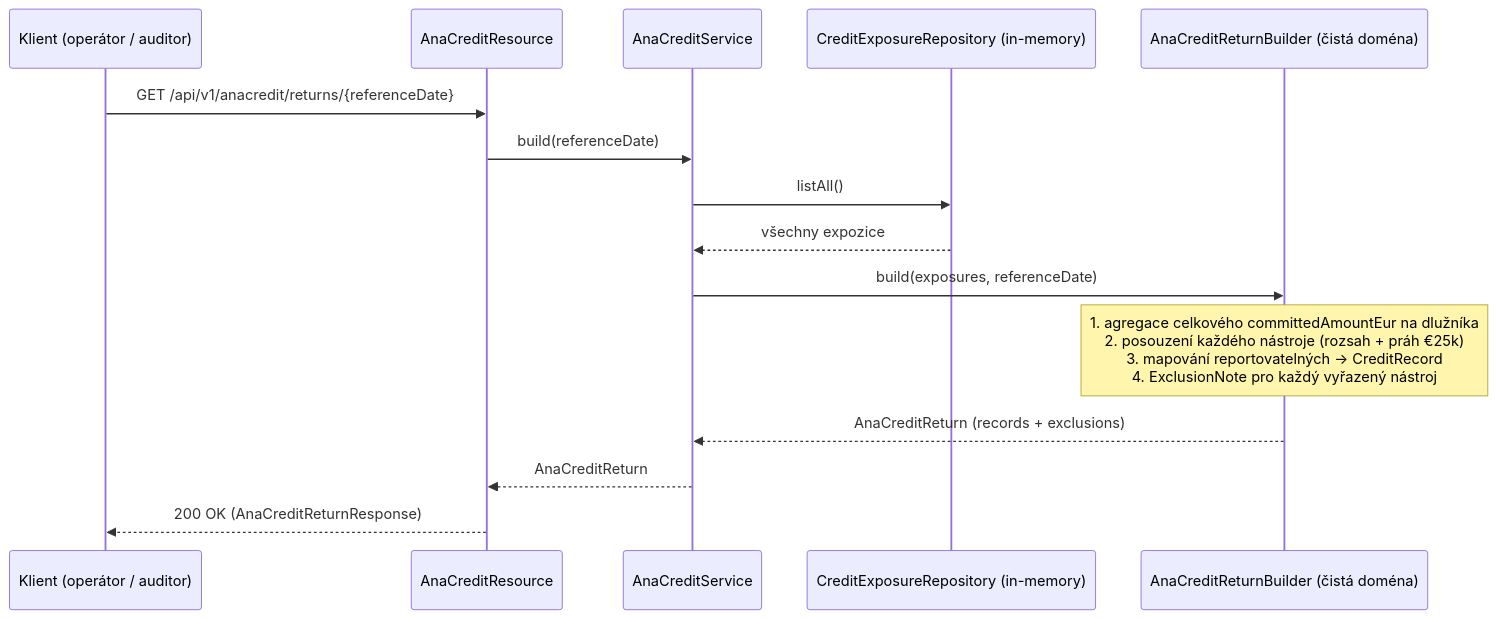
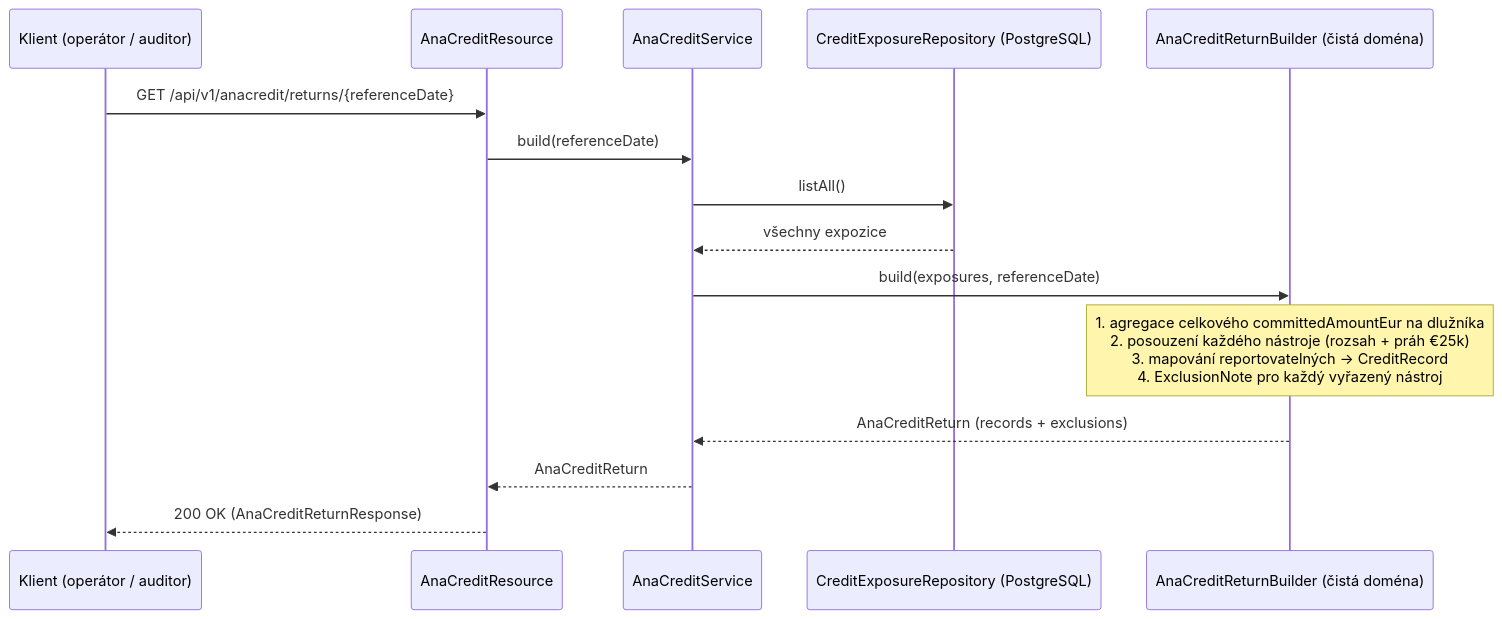
One commit to JiRaska/open-bank-oss changed the third of 3 diagrams in openbank-anacredit-service/src/main/resources/docs/02-architecture.cs.md. Above: the diagram before and after it, drawn with Mermaid. The commit also changed other lines of this file and 36 other files, not shown here.

````diff
--- a/openbank-anacredit-service/src/main/resources/docs/02-architecture.cs.md
+++ b/openbank-anacredit-service/src/main/resources/docs/02-architecture.cs.md
@@ -84,18 +86,18 @@
 ```mermaid
 sequenceDiagram
   participant C as Klient (operátor / auditor)
   participant R as AnaCreditResource
   participant S as AnaCreditService
-  participant ST as CreditExposureRepository (in-memory)
+  participant ST as CreditExposureRepository (PostgreSQL)
   participant B as AnaCreditReturnBuilder (čistá doména)
 
   C->>R: GET /api/v1/anacredit/returns/{referenceDate}
   R->>S: build(referenceDate)
   S->>ST: listAll()
   ST-->>S: všechny expozice
   S->>B: build(exposures, referenceDate)
   Note over B: 1. agregace celkového committedAmountEur na dlužníka<br/>2. posouzení každého nástroje (rozsah + práh €25k)<br/>3. mapování reportovatelných → CreditRecord<br/>4. ExclusionNote pro každý vyřazený nástroj
   B-->>S: AnaCreditReturn (records + exclusions)
   S-->>R: AnaCreditReturn
   R-->>C: 200 OK (AnaCreditReturnResponse)
 ```
````
